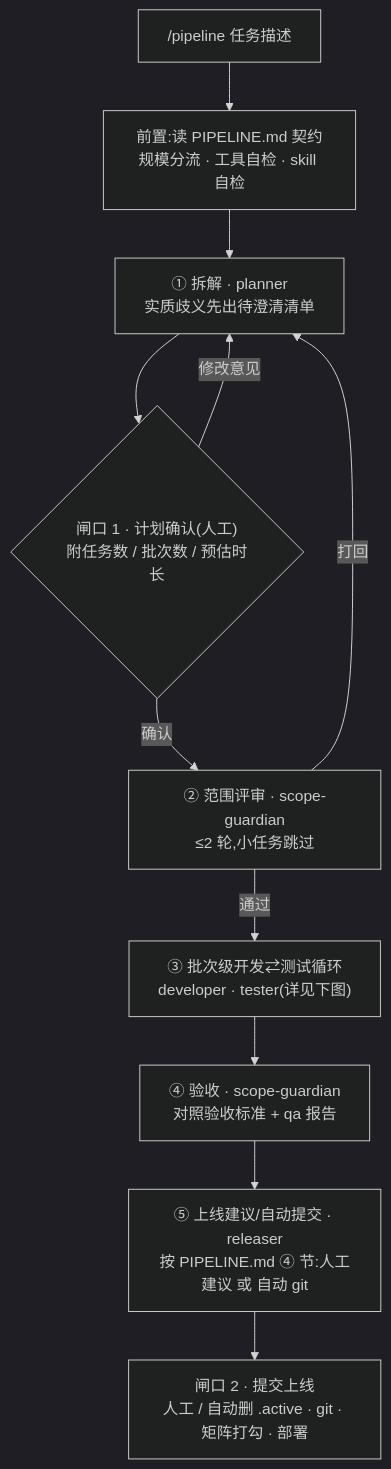
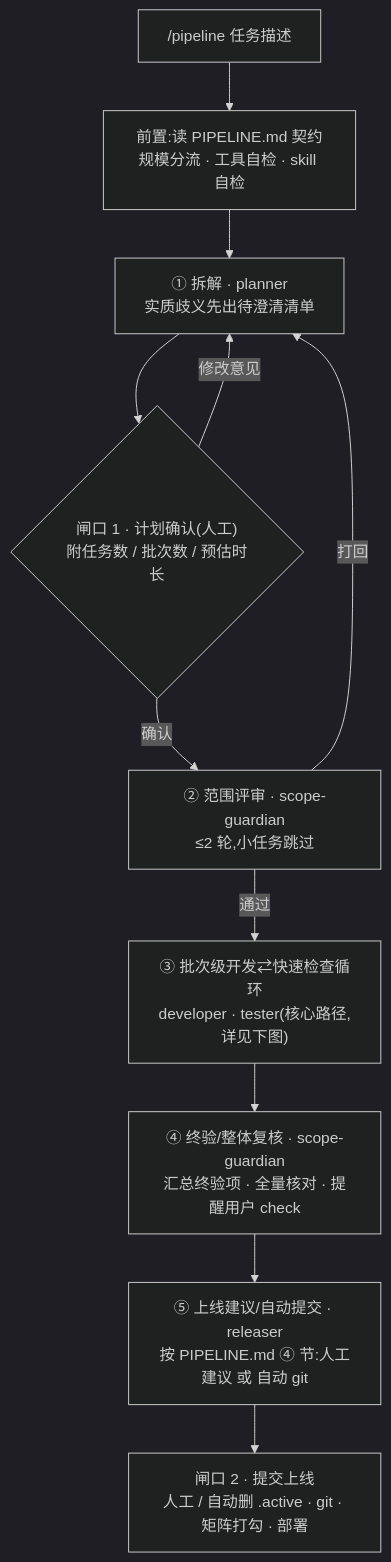
The first of 2 diagrams in README.md (wzm111/pipeline-standard), drawn with Mermaid (dark theme) before and after one commit. The commit also changed other lines of this file and 2 other files, not shown here.

Commit message:
feat: 批次级快速检查 + 整体结束后终验复核
- pipeline-tester 首轮只做本批核心验收标准；非核心项、跨批回归、边界探索记录为「终验复核项」
- 全部批次 PASS 后 scope-guardian 做终验：汇总终验清单、全量核对、产出 acceptance.md
- 闸口 2 明确提醒用户检查 acceptance.md 终验项后再进入部署/下一跑
- README 流程图与特性描述同步更新

````diff
--- a/README.md
+++ b/README.md
@@ -30,13 +30,13 @@
 ```mermaid
 flowchart TD
     S["/pipeline 任务描述"] --> P["前置:读 PIPELINE.md 契约<br>规模分流 · 工具自检 · skill 自检"]
     P --> B["① 拆解 · planner<br>实质歧义先出待澄清清单"]
     B --> G1{"闸口 1 · 计划确认(人工)<br>附任务数 / 批次数 / 预估时长"}
     G1 -- "修改意见" --> B
     G1 -- "确认" --> A1["② 范围评审 · scope-guardian<br>≤2 轮,小任务跳过"]
     A1 -- "打回" --> B
-    A1 -- "通过" --> L["③ 批次级开发⇄测试循环<br>developer · tester(详见下图)"]
-    L --> A2["④ 验收 · scope-guardian<br>对照验收标准 + qa 报告"]
+    A1 -- "通过" --> L["③ 批次级开发⇄快速检查循环<br>developer · tester(核心路径,详见下图)"]
+    L --> A2["④ 终验/整体复核 · scope-guardian<br>汇总终验项 · 全量核对 · 提醒用户 check"]
     A2 --> E["⑤ 上线建议/自动提交 · releaser<br>按 PIPELINE.md ④ 节:人工建议 或 自动 git"]
     E --> G2["闸口 2 · 提交上线<br>人工 / 自动删 .active · git · 矩阵打勾 · 部署"]
 ```
````
